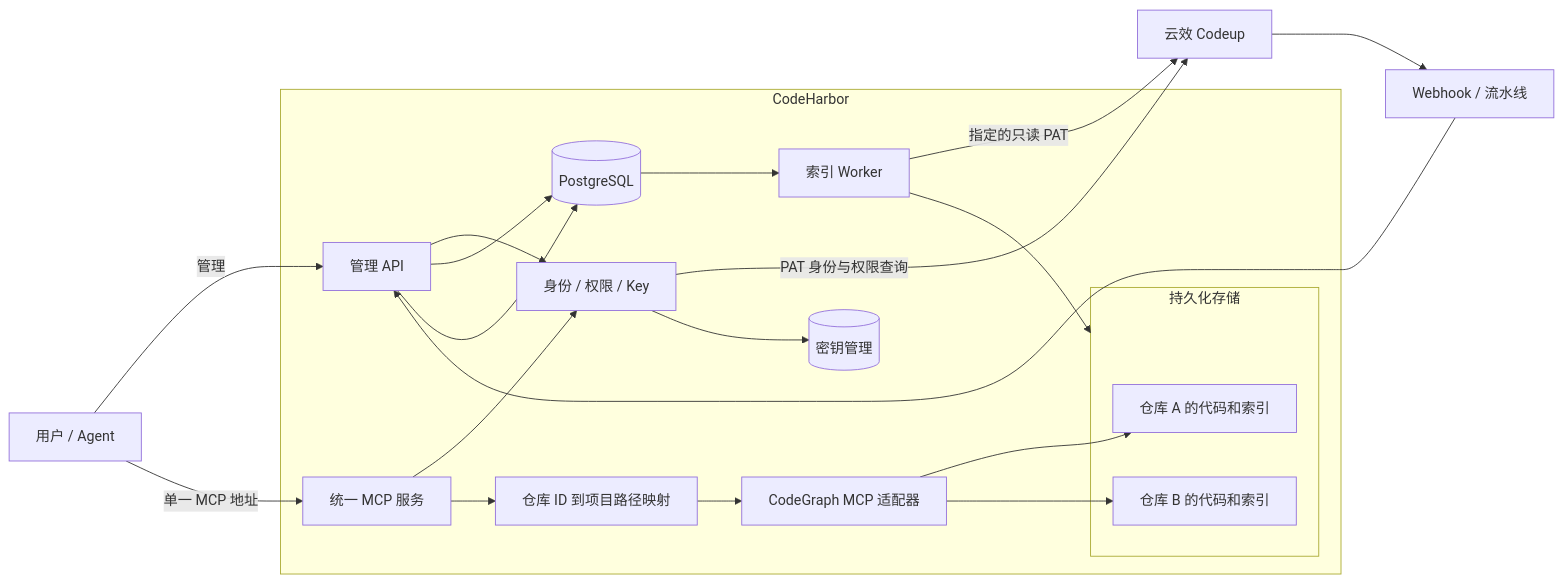
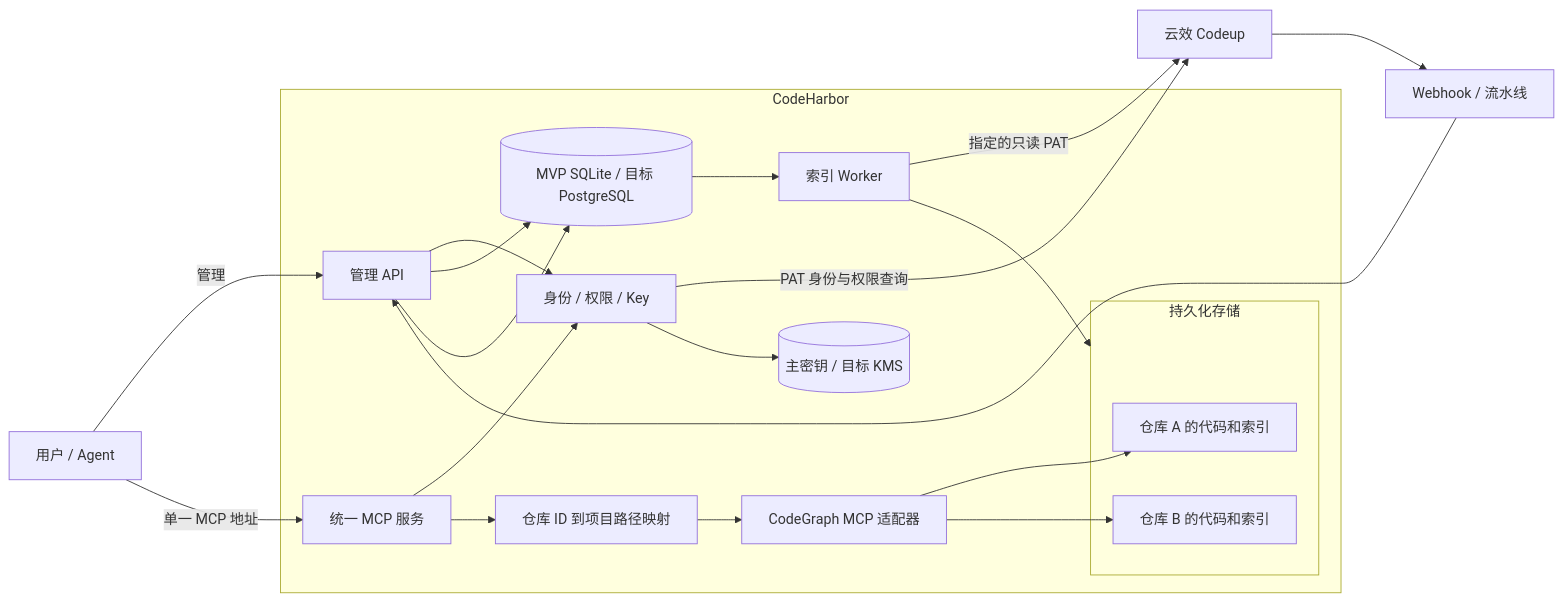
Before and after one commit to jiahao6635/CodeHarbor: the diagram in docs/CodeHarbor-技术设计方案.md, drawn with Mermaid. The commit also changed other lines of this file, not shown here.

````diff
--- a/docs/CodeHarbor-技术设计方案.md
+++ b/docs/CodeHarbor-技术设计方案.md
@@ -45,34 +73,34 @@
 ```mermaid
 flowchart LR
     User[用户 / Agent]
     Codeup[云效 Codeup]
     Event[Webhook / 流水线]
     subgraph CH[CodeHarbor]
         API[管理 API]
         MCP[统一 MCP 服务]
         Auth[身份 / 权限 / Key]
         Route[仓库 ID 到项目路径映射]
         Adapter[CodeGraph MCP 适配器]
         Worker[索引 Worker]
-        Meta[(PostgreSQL)]
-        Vault[(密钥管理)]
+        Meta[(MVP SQLite / 目标 PostgreSQL)]
+        Vault[(主密钥 / 目标 KMS)]
         subgraph Data[持久化存储]
             R1[仓库 A 的代码和索引]
             R2[仓库 B 的代码和索引]
         end
     end
     User -->|管理| API
     User -->|单一 MCP 地址| MCP
     API --> Auth
     MCP --> Auth
     Auth -->|PAT 身份与权限查询| Codeup
     Auth --> Vault
     API --> Meta
     MCP --> Route --> Adapter
     Adapter --> R1
     Adapter --> R2
     Codeup --> Event --> API
     API --> Meta --> Worker
     Worker -->|指定的只读 PAT| Codeup
     Worker --> Data
 ```
````
